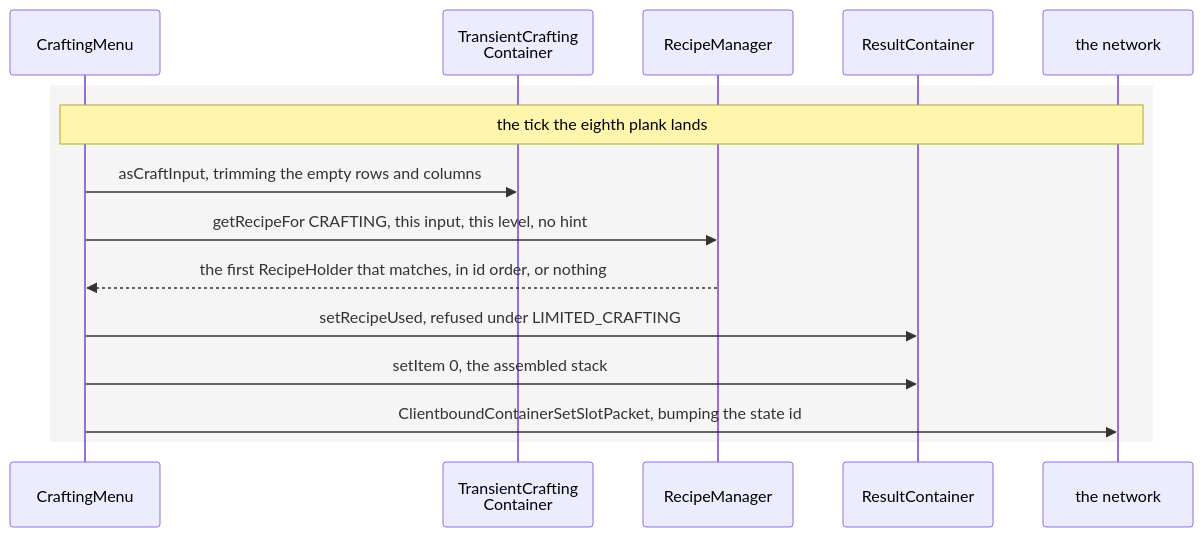
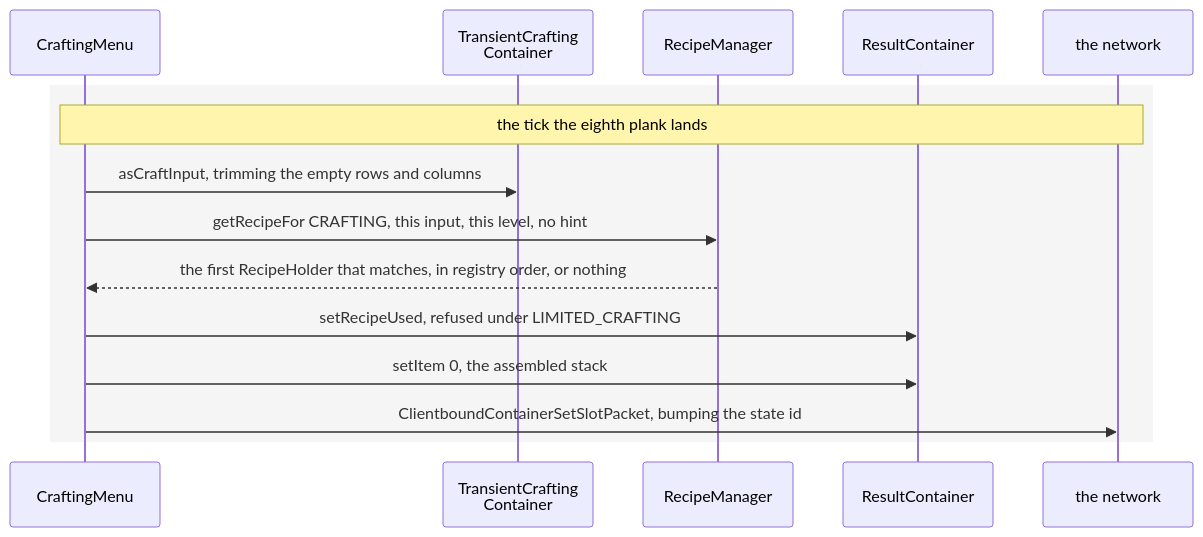
Before and after one commit to AlexanderjFraser/MinecraftDocs: the second of 3 diagrams in src/systems/items/recipes.md, drawn with Mermaid. The commit also changed other lines of this file and 68 other files, not shown here.

````diff
--- a/src/systems/items/recipes.md
+++ b/src/systems/items/recipes.md
@@ -142,18 +146,18 @@
 ```mermaid
 sequenceDiagram
     participant CraftM as CraftingMenu
     participant TCC as TransientCrafting<br/>Container
     participant RM as RecipeManager
     participant ResultC as ResultContainer
     participant Wire as the network
 
     rect rgba(0, 0, 0, 0.04)
         Note over CraftM,Wire: the tick the eighth plank lands
         CraftM->>TCC: asCraftInput, trimming the empty rows and columns
         CraftM->>RM: getRecipeFor CRAFTING, this input, this level, no hint
-        RM-->>CraftM: the first RecipeHolder that matches, in id order, or nothing
+        RM-->>CraftM: the first RecipeHolder that matches, in registry order, or nothing
         CraftM->>ResultC: setRecipeUsed, refused under LIMITED_CRAFTING
         CraftM->>ResultC: setItem 0, the assembled stack
         CraftM->>Wire: ClientboundContainerSetSlotPacket, bumping the state id
     end
 ```
````
